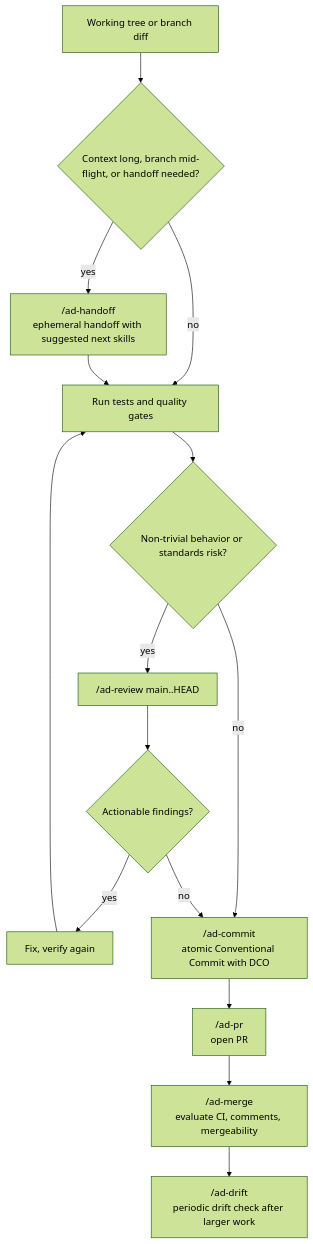
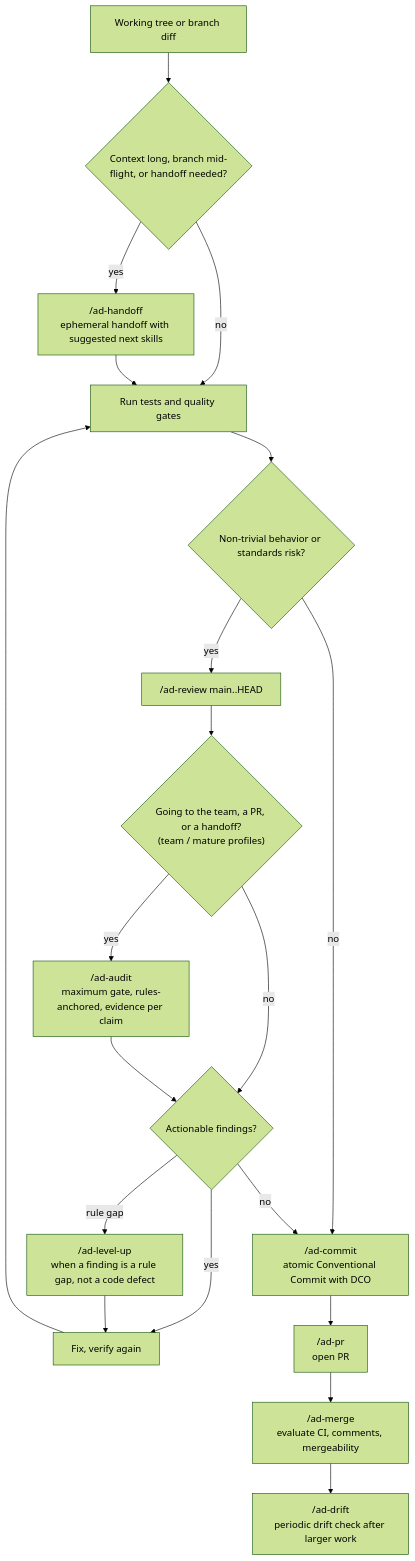
Before and after one commit to alexandremendoncaalvaro/agentic-development: the ninth of 10 diagrams in WORKFLOW-FLOWS.md, drawn with Mermaid (forest theme). The commit also changed other lines of this file and 7 other files, not shown here.

````diff
--- a/WORKFLOW-FLOWS.md
+++ b/WORKFLOW-FLOWS.md
@@ -333,30 +333,38 @@
 ```mermaid
 flowchart TD
     Diff["Working tree or branch diff"]
     LongSession{"Context long, branch mid-flight, or handoff needed?"}
     Handoff["/ad-handoff<br>ephemeral handoff with suggested next skills"]
     Verify["Run tests and quality gates"]
     ReviewNeeded{"Non-trivial behavior or standards risk?"}
     Review["/ad-review main..HEAD"]
+    HighStakes{"Going to the team, a PR, or a handoff?<br>(team / mature profiles)"}
+    MaxGate["/ad-audit<br>maximum gate, rules-anchored, evidence per claim"]
     Findings{"Actionable findings?"}
     Fix["Fix, verify again"]
+    RuleGap["/ad-level-up<br>when a finding is a rule gap, not a code defect"]
     Commit["/ad-commit<br>atomic Conventional Commit with DCO"]
     Pr["/ad-pr<br>open PR"]
     Merge["/ad-merge<br>evaluate CI, comments, mergeability"]
     Audit["/ad-drift<br>periodic drift check after larger work"]
 
     Diff --> LongSession
     LongSession -->|yes| Handoff
     LongSession -->|no| Verify
     Handoff --> Verify
     Verify --> ReviewNeeded
     ReviewNeeded -->|yes| Review
     ReviewNeeded -->|no| Commit
-    Review --> Findings
+    Review --> HighStakes
+    HighStakes -->|yes| MaxGate
+    HighStakes -->|no| Findings
+    MaxGate --> Findings
     Findings -->|yes| Fix
+    Findings -->|rule gap| RuleGap
+    RuleGap --> Fix
     Fix --> Verify
     Findings -->|no| Commit
     Commit --> Pr
     Pr --> Merge
     Merge --> Audit
 ```
````
